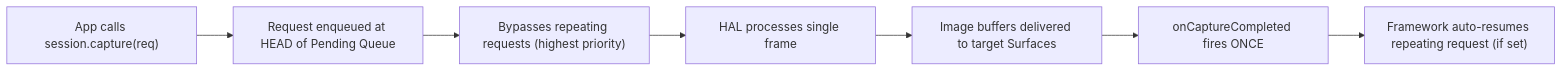
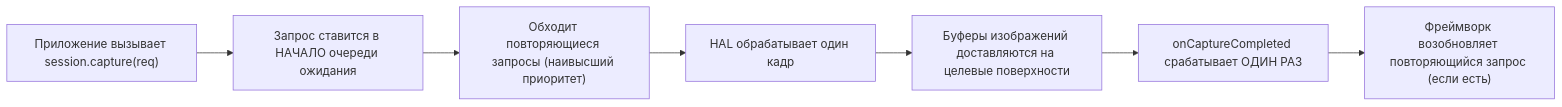
One commit to zoozooll/AndroidCameraParameters changed the second of 6 diagrams in website/i18n/ru/docusaurus-plugin-content-docs/current/camera2/capture-types.md. Above: the diagram before and after it, drawn with Mermaid. The commit also changed other lines of this file and 378 other files, not shown here.

````diff
--- a/website/i18n/ru/docusaurus-plugin-content-docs/current/camera2/capture-types.md
+++ b/website/i18n/ru/docusaurus-plugin-content-docs/current/camera2/capture-types.md
@@ -99,9 +99,9 @@
 ```mermaid
 flowchart LR
-    A["App calls session.capture(req)"] --> B["Request enqueued at HEAD of Pending Queue"]
-    B --> C["Bypasses repeating requests (highest priority)"]
-    C --> D["HAL processes single frame"]
-    D --> E["Image buffers delivered to target Surfaces"]
-    E --> F["onCaptureCompleted fires ONCE"]
-    F --> G["Framework auto-resumes repeating request (if set)"]
+    A["Приложение вызывает session.capture(req)"] --> B["Запрос ставится в НАЧАЛО очереди ожидания"]
+    B --> C["Обходит повторяющиеся запросы (наивысший приоритет)"]
+    C --> D["HAL обрабатывает один кадр"]
+    D --> E["Буферы изображений доставляются на целевые поверхности"]
+    E --> F["onCaptureCompleted срабатывает ОДИН РАЗ"]
+    F --> G["Фреймворк возобновляет повторяющийся запрос (если есть)"]
 ```
````
